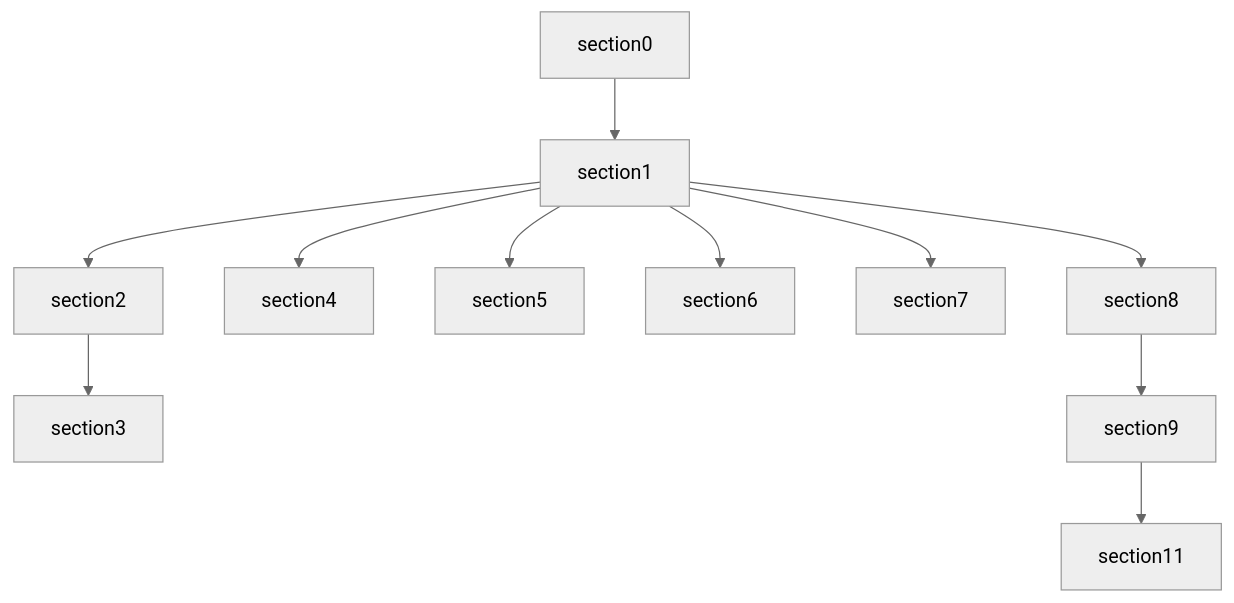
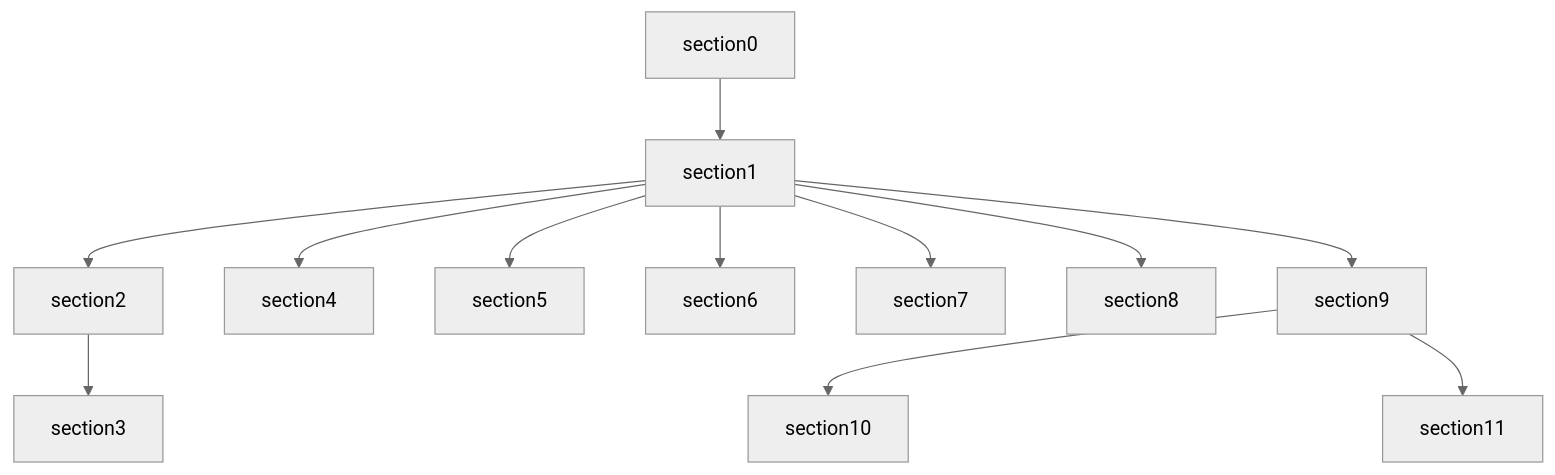
One commit to FDscend/obsidian_tutorial changed the diagram in section0/01_学习路径与先修要求.md. Above: the diagram before and after it, drawn with Mermaid (neutral theme). The commit also changed other lines of this file and 32 other files, not shown here.

````diff
--- a/section0/01_学习路径与先修要求.md
+++ b/section0/01_学习路径与先修要求.md
@@ -109,13 +111,14 @@
 ```mermaid
 graph TD
     section0 --> section1
     section1 --> section2
     section2 --> section3
     section1 --> section4
     section1 --> section5
     section1 --> section6
     section1 --> section7
     section1 --> section8
-    section8 --> section9
+    section1 --> section9
+    section9 --> section10
     section9 --> section11
 ```
````
